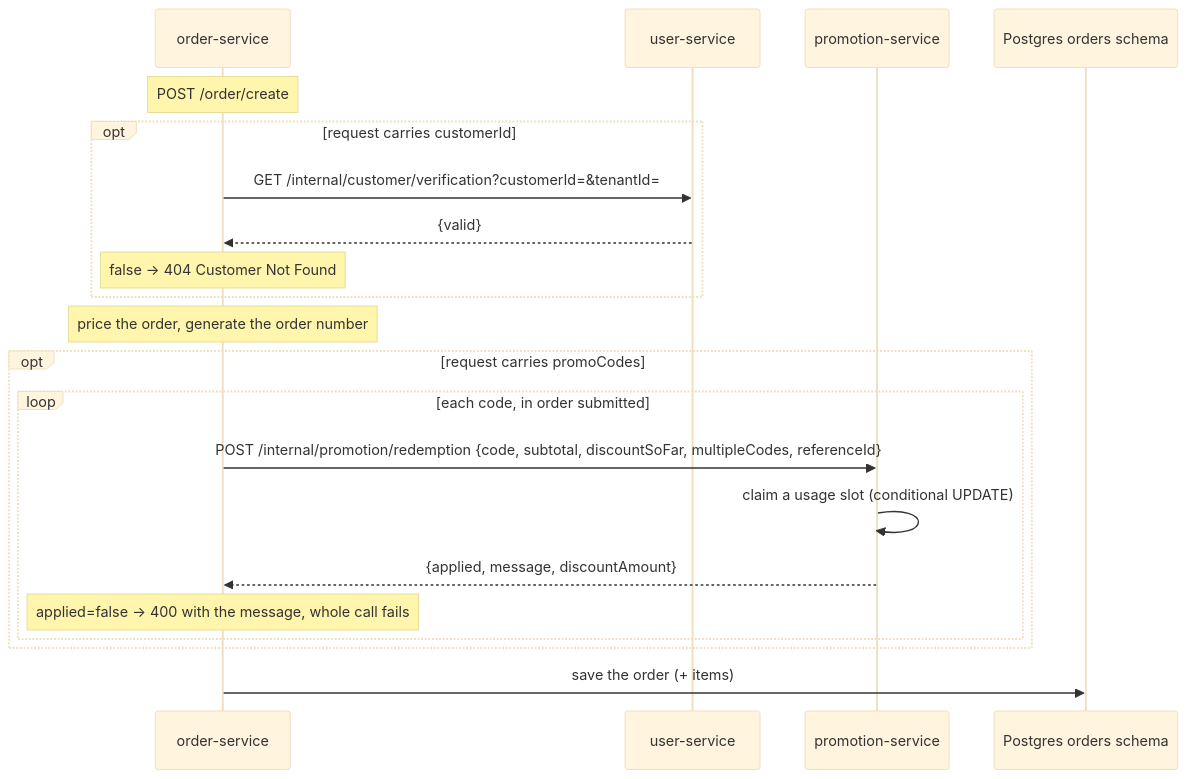
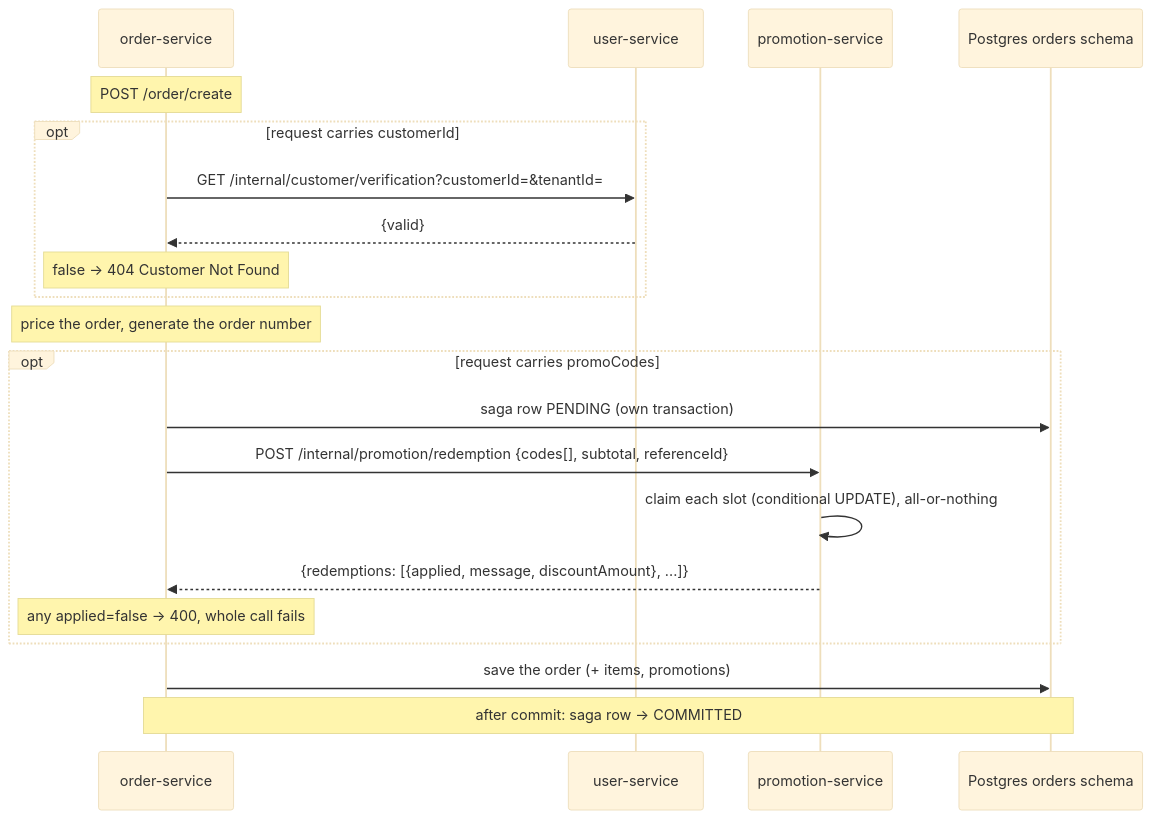
The fourth of 7 diagrams in ARCHITECTURE.md (7sferry/qlaundry), drawn with Mermaid (base theme) before and after one commit. The commit also changed other lines of this file and 8 other files, not shown here.

Commit message:
docs: split readme per service and refresh architecture and web docs

````diff
--- a/ARCHITECTURE.md
+++ b/ARCHITECTURE.md
@@ -342,24 +363,24 @@
 ```mermaid
 sequenceDiagram
     participant OS as order-service
     participant US as user-service
     participant PS as promotion-service
     participant PG as Postgres orders schema
 
     Note over OS: POST /order/create
     opt request carries customerId
         OS->>US: GET /internal/customer/verification?customerId=&tenantId=
         US-->>OS: {valid}
         Note over OS: false → 404 Customer Not Found
     end
     Note over OS: price the order, generate the order number
     opt request carries promoCodes
-        loop each code, in order submitted
-            OS->>PS: POST /internal/promotion/redemption {code, subtotal, discountSoFar, multipleCodes, referenceId}
-            PS->>PS: claim a usage slot (conditional UPDATE)
-            PS-->>OS: {applied, message, discountAmount}
-            Note over OS: applied=false → 400 with the message, whole call fails
-        end
+        OS->>PG: saga row PENDING (own transaction)
+        OS->>PS: POST /internal/promotion/redemption {codes[], subtotal, referenceId}
+        PS->>PS: claim each slot (conditional UPDATE), all-or-nothing
+        PS-->>OS: {redemptions: [{applied, message, discountAmount}, ...]}
+        Note over OS: any applied=false → 400, whole call fails
     end
-    OS->>PG: save the order (+ items)
+    OS->>PG: save the order (+ items, promotions)
+    Note over OS,PG: after commit: saga row → COMMITTED
 ```
````
